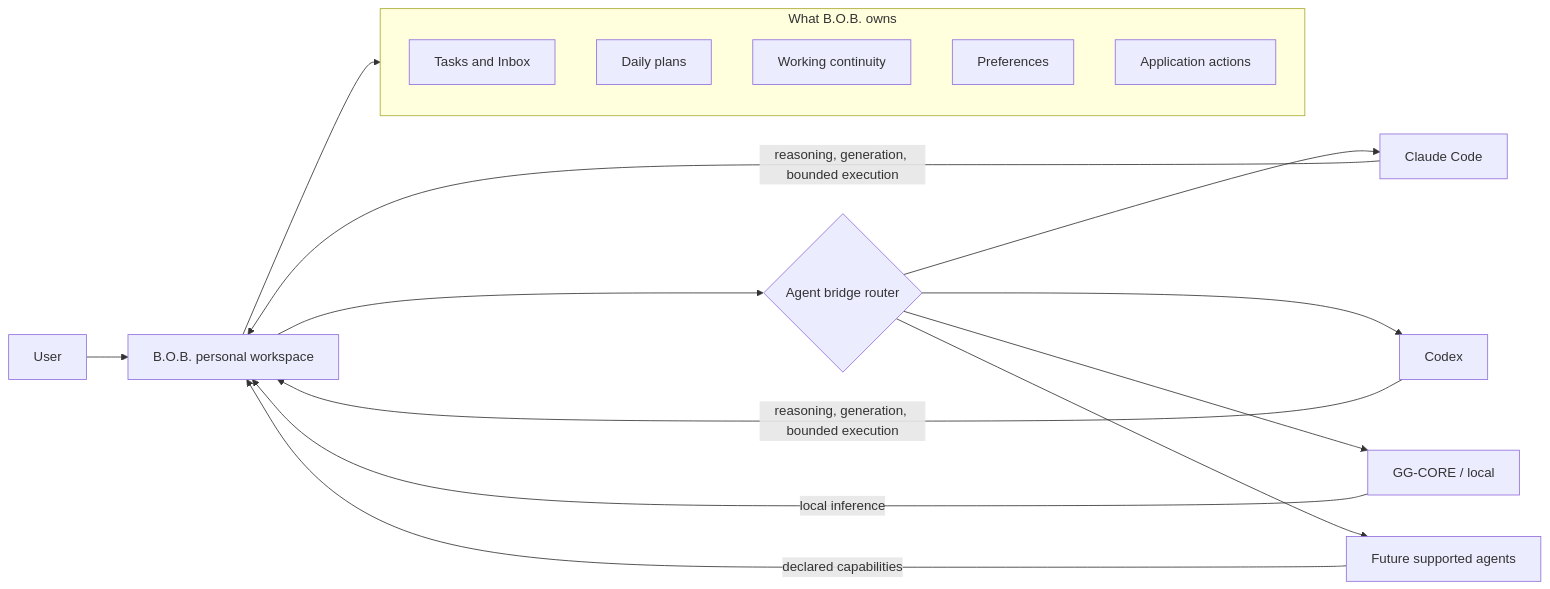
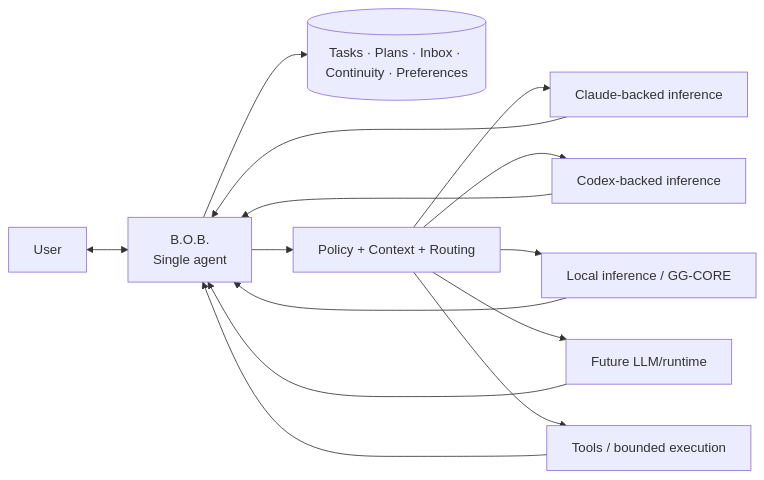
Before and after one commit to Knapp-Kevin/B.O.B.: the first of 6 diagrams in README.md, drawn with Mermaid. The commit also changed other lines of this file, not shown here.

Commit message:
Correct B.O.B. to single-agent multi-LLM architecture

````diff
--- a/README.md
+++ b/README.md
@@ -48,25 +54,19 @@
 ```mermaid
 flowchart LR
-    U[User] --> B[B.O.B. personal workspace]
+    U[User] <--> B[B.O.B.\nSingle agent]
 
-    subgraph OWNED[What B.O.B. owns]
-        T[Tasks and Inbox]
-        P[Daily plans]
-        C[Working continuity]
-        PREF[Preferences]
-        A[Application actions]
-    end
+    B --> W[(Tasks · Plans · Inbox · Continuity · Preferences)]
+    B --> P[Policy + Context + Routing]
 
-    B --> OWNED
+    P --> C[Claude-backed inference]
+    P --> X[Codex-backed inference]
+    P --> L[Local inference / GG-CORE]
+    P --> F[Future LLM/runtime]
+    P --> T[Tools / bounded execution]
 
-    B --> R{Agent bridge router}
-    R --> CC[Claude Code]
-    R --> CX[Codex]
-    R --> GG[GG-CORE / local]
-    R --> F[Future supported agents]
-
-    CC -->|reasoning, generation, bounded execution| B
-    CX -->|reasoning, generation, bounded execution| B
-    GG -->|local inference| B
-    F -->|declared capabilities| B
+    C --> B
+    X --> B
+    L --> B
+    F --> B
+    T --> B
 ```
````
